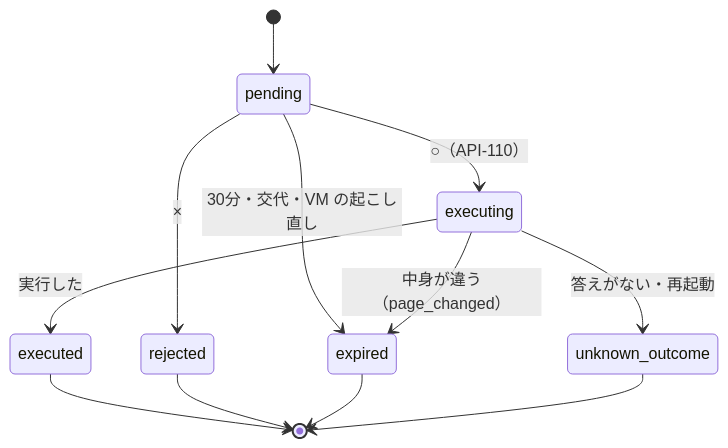
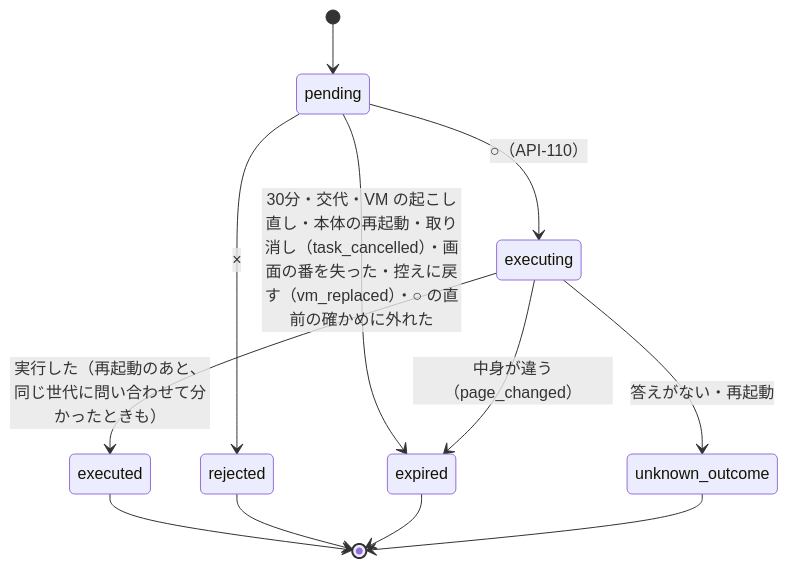
The ninth of 12 diagrams in docs/design/10_diagrams/states.md (itiwoja/agent-team), drawn with Mermaid before and after one commit. The commit also changed other lines of this file and 32 other files, not shown here.

````diff
--- a/docs/design/10_diagrams/states.md
+++ b/docs/design/10_diagrams/states.md
@@ -107,14 +110,14 @@
 ```mermaid
 stateDiagram-v2
  [*] --> pending
  pending --> executing : ○（API-110）
  pending --> rejected : ×
- pending --> expired : 30分・交代・VM の起こし直し
- executing --> executed : 実行した
+ pending --> expired : 30分・交代・VM の起こし直し・本体の再起動・取り消し（task_cancelled）・画面の番を失った・控えに戻す（vm_replaced）・○ の直前の確かめに外れた
+ executing --> executed : 実行した（再起動のあと、同じ世代に問い合わせて分かったときも）
  executing --> expired : 中身が違う（page_changed）
  executing --> unknown_outcome : 答えがない・再起動
  executed --> [*]
  rejected --> [*]
  expired --> [*]
  unknown_outcome --> [*]
 ```
````
